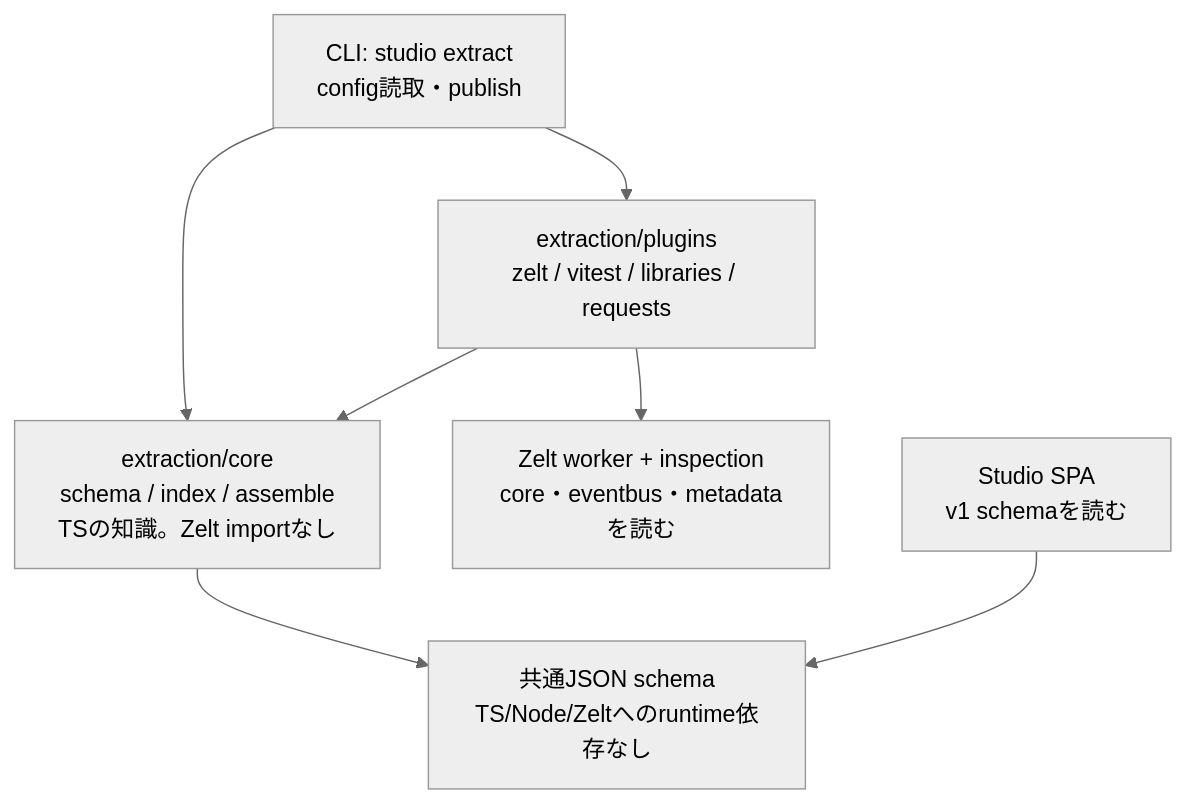
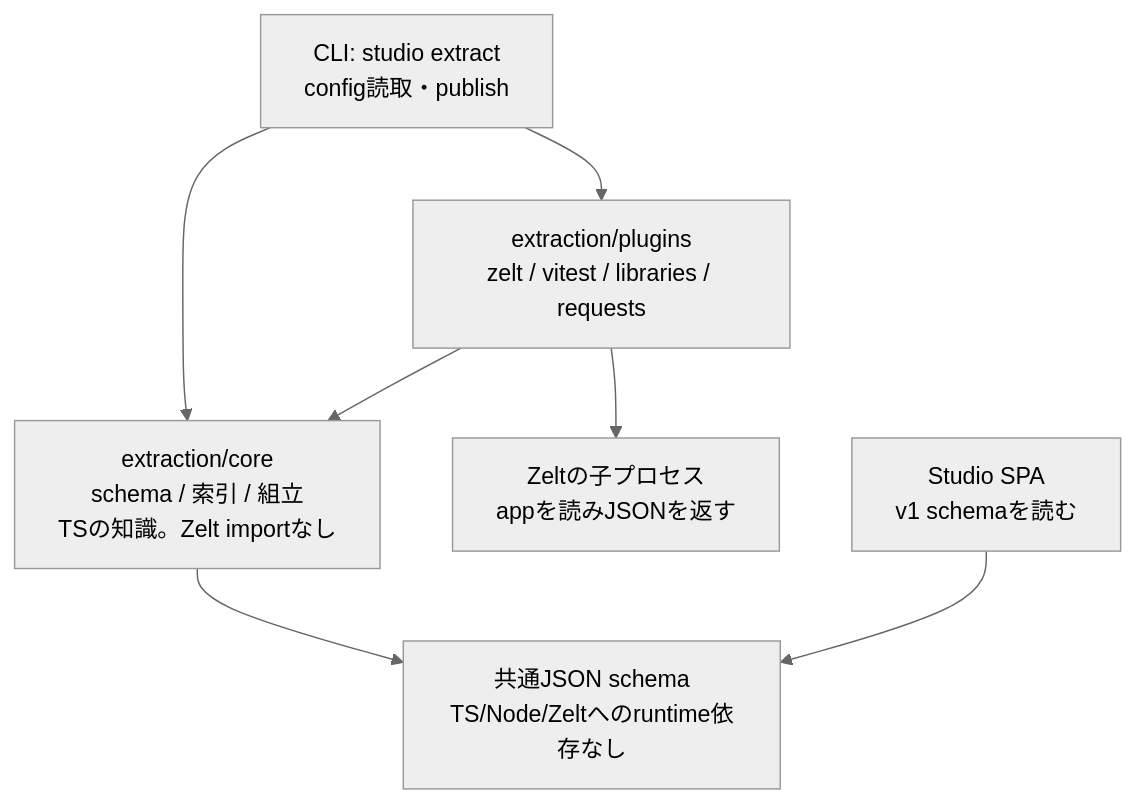
Diagram 11 of 11 in mocks/studio-spatial/generic-extraction-design.md (zeltjs/zelt), drawn with Mermaid (neutral theme) before and after one commit. The commit also changed other lines of this file and 33 other files, not shown here.

```diff
--- a/mocks/studio-spatial/generic-extraction-design.md
+++ b/mocks/studio-spatial/generic-extraction-design.md
@@ -1183,9 +1213,9 @@
 ~~~mermaid
 flowchart TB
-  CLI["CLI: studio extract<br/>config読取・publish"] --> CORE["extraction/core<br/>schema / index / assemble<br/>TSの知識。Zelt importなし"]
+  CLI["CLI: studio extract<br/>config読取・publish"] --> CORE["extraction/core<br/>schema / 索引 / 組立<br/>TSの知識。Zelt importなし"]
   CLI --> PLUGINS["extraction/plugins<br/>zelt / vitest / libraries / requests"]
   PLUGINS --> CORE
-  PLUGINS --> BRIDGE["Zelt worker + inspection<br/>core・eventbus・metadataを読む"]
+  PLUGINS --> CHILD["Zeltの子プロセス<br/>appを読みJSONを返す"]
   UI["Studio SPA<br/>v1 schemaを読む"] --> SCHEMA["共通JSON schema<br/>TS/Node/Zeltへのruntime依存なし"]
   CORE --> SCHEMA
 ~~~
```
